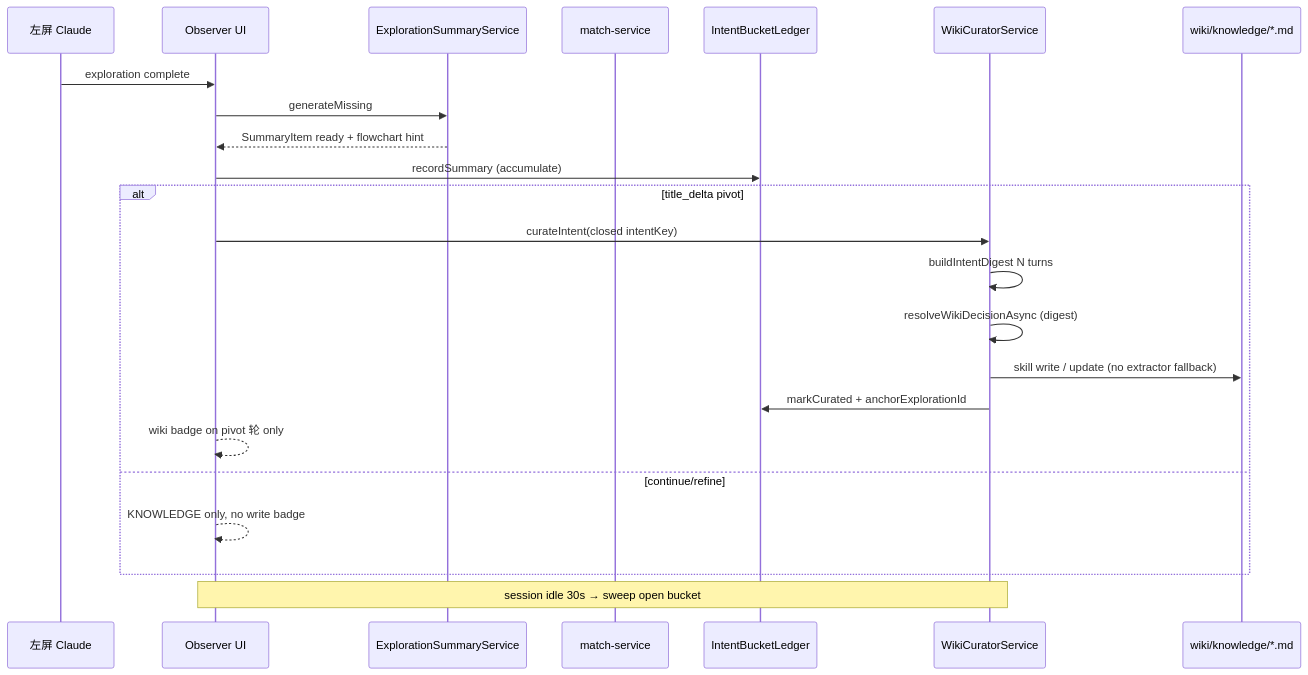
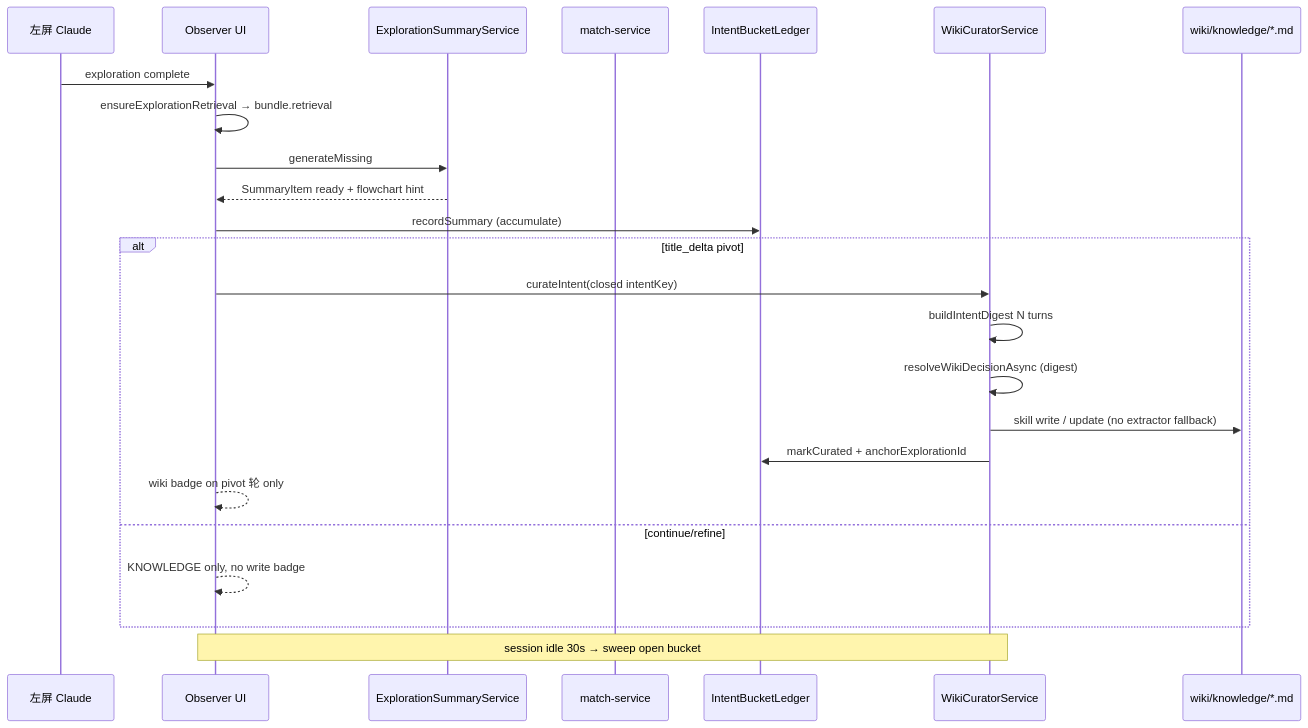
One commit to YurunChen/GUI-Anything changed the first of 2 diagrams in docs/data-governance/data-flow.md. Above: the diagram before and after it, drawn with Mermaid. The commit also changed other lines of this file and 104 other files, not shown here.

````diff
--- a/docs/data-governance/data-flow.md
+++ b/docs/data-governance/data-flow.md
@@ -109,28 +59,29 @@
 ```mermaid
 sequenceDiagram
   participant Claude as 左屏 Claude
   participant Obs as Observer UI
   participant Sum as ExplorationSummaryService
   participant Match as match-service
   participant Bucket as IntentBucketLedger
   participant Cur as WikiCuratorService
   participant Disk as wiki/knowledge/*.md
 
   Claude->>Obs: exploration complete
+  Obs->>Obs: ensureExplorationRetrieval → bundle.retrieval
   Obs->>Sum: generateMissing
   Sum-->>Obs: SummaryItem ready + flowchart hint
 
   Obs->>Bucket: recordSummary (accumulate)
   alt title_delta pivot
     Obs->>Cur: curateIntent(closed intentKey)
     Cur->>Cur: buildIntentDigest N turns
     Cur->>Cur: resolveWikiDecisionAsync (digest)
     Cur->>Disk: skill write / update (no extractor fallback)
     Cur->>Bucket: markCurated + anchorExplorationId
     Obs-->>Obs: wiki badge on pivot 轮 only
   else continue/refine
     Obs-->>Obs: KNOWLEDGE only, no write badge
   end
 
   Note over Obs,Cur: session idle 30s → sweep open bucket
 ```
````
